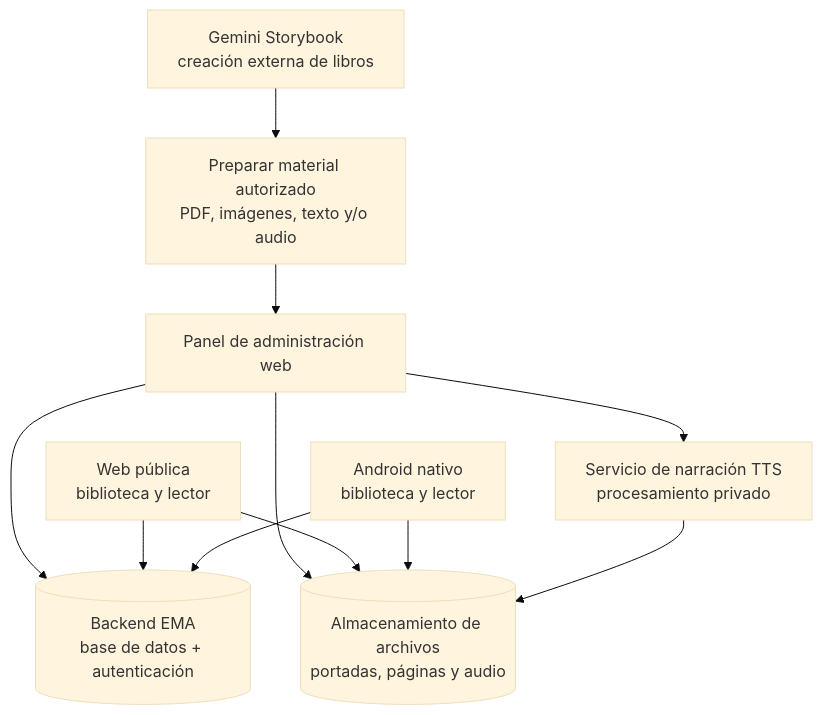
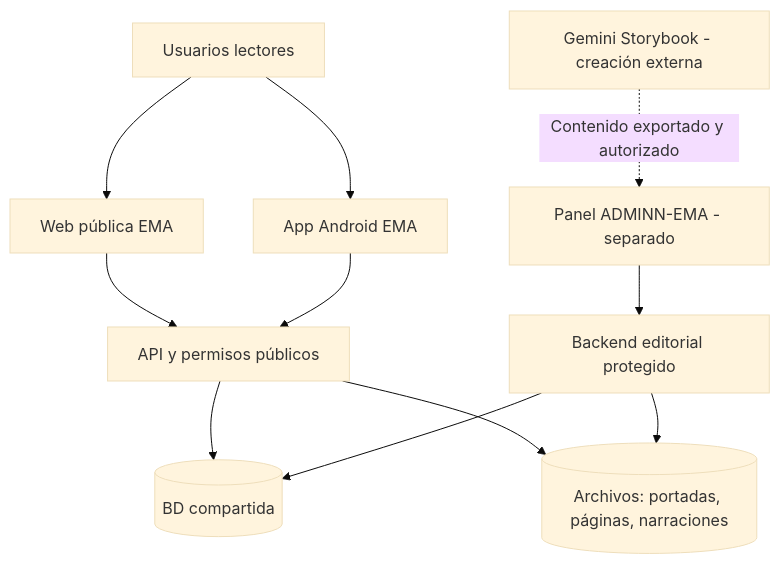
Before and after one commit to martin30eler-sketch/EMA: the diagram in docs/PLAN_MAESTRO_EMA.md, drawn with Mermaid (base theme). The commit also changed other lines of this file, not shown here.

Commit message:
docs: separar plan público EMA del panel editorial ADMINN-EMA

````diff
--- a/docs/PLAN_MAESTRO_EMA.md
+++ b/docs/PLAN_MAESTRO_EMA.md
@@ -37,13 +36,14 @@
 ```mermaid
-flowchart TD
-    S[Gemini Storybook\ncreación externa de libros] --> I[Preparar material autorizado\nPDF, imágenes, texto y/o audio]
-    I --> A[Panel de administración web]
-    A --> B[(Backend EMA\nbase de datos + autenticación)]
-    A --> F[(Almacenamiento de archivos\nportadas, páginas y audio)]
-    W[Web pública\nbiblioteca y lector] --> B
-    M[Android nativo\nbiblioteca y lector] --> B
-    W --> F
-    M --> F
-    V[Servicio de narración TTS\nprocesamiento privado] --> F
-    A --> V
+flowchart TB
+    U[Usuarios lectores]
+    U --> W[Web pública EMA]
+    U --> M[App Android EMA]
+    W --> API[API y permisos públicos]
+    M --> API
+    API --> DB[(BD compartida)]
+    API --> ST[(Archivos: portadas, páginas, narraciones)]
+    AD[Panel ADMINN-EMA - separado] --> ADM[Backend editorial protegido]
+    ADM --> DB
+    ADM --> ST
+    GEM[Gemini Storybook - creación externa] -. Contenido exportado y autorizado .-> AD
 ```
````
